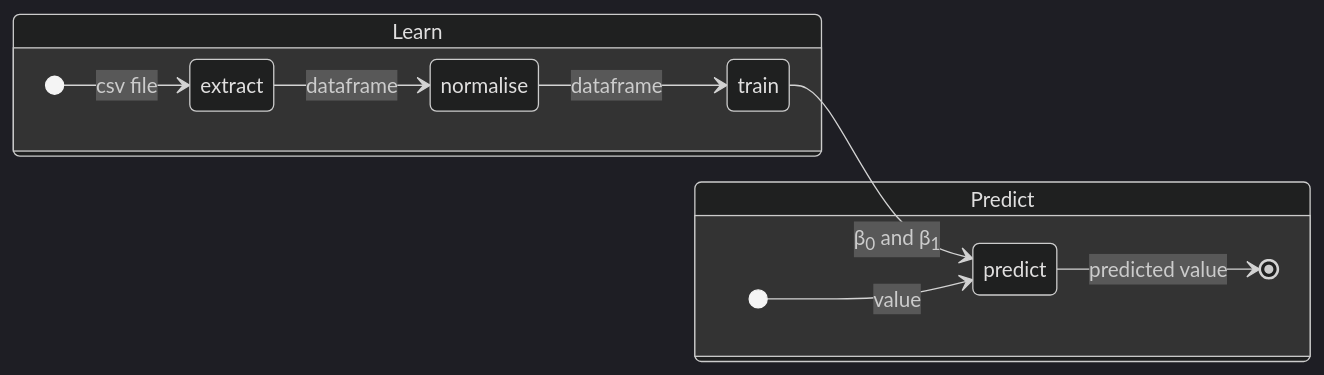
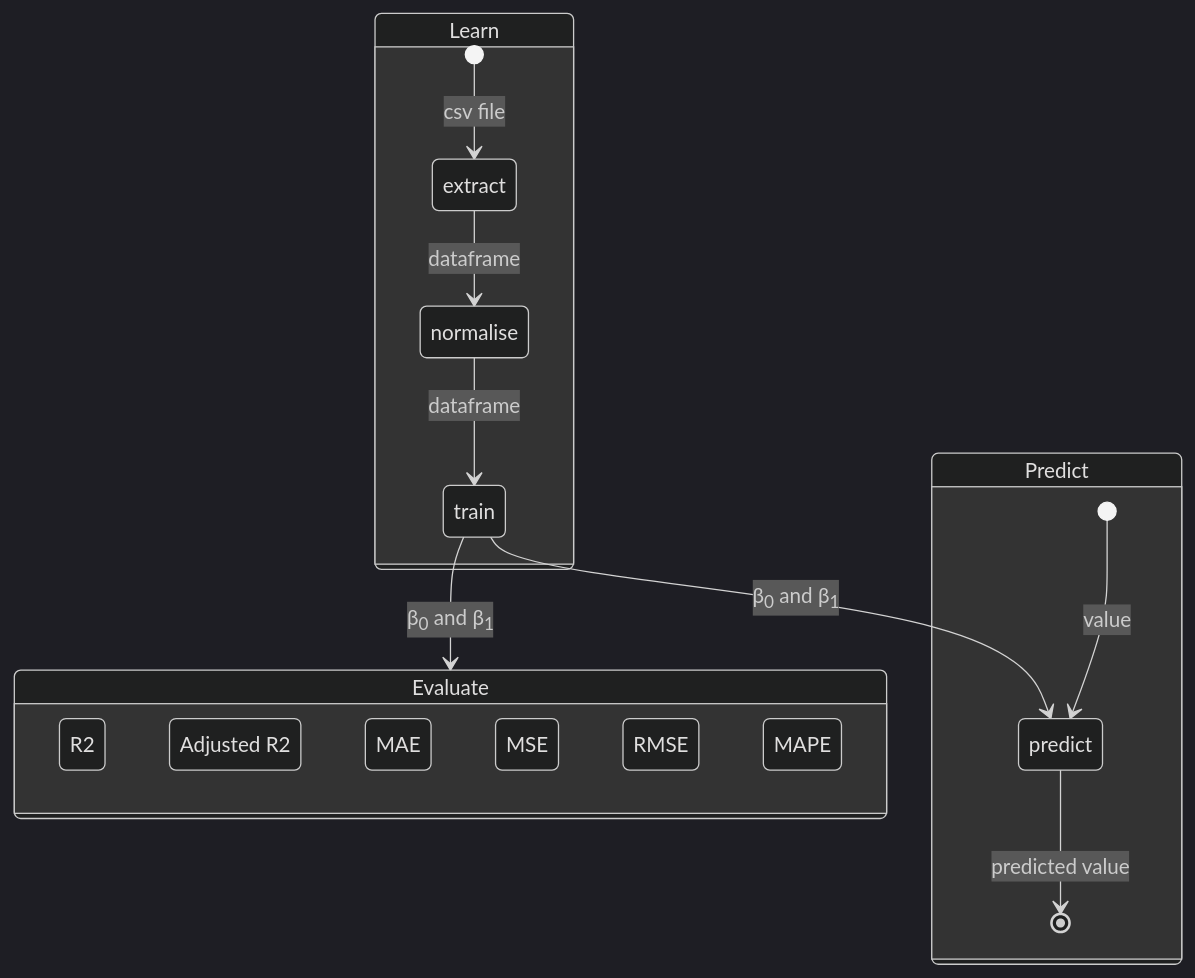
The first of 6 diagrams in README.md (farinaleo/linear_regression), drawn with Mermaid (dark theme) before and after one commit. The commit also changed other lines of this file, not shown here.

````diff
--- a/README.md
+++ b/README.md
@@ -11,23 +11,29 @@
 ```mermaid
 stateDiagram
-    direction LR
     state Learn {
-        direction LR
         extract
         normalise
         train
         [*] --> extract:csv file
         extract --> normalise:dataframe
         normalise--> train:dataframe
     }
-    train --> predict:β<sub>0</sub> and β<sub>1</sub>
-
+   train --> Evaluate:β<sub>0</sub> and β<sub>1</sub>
+   train --> predict:β<sub>0</sub> and β<sub>1</sub>
 
 
     state Predict {
-        direction LR
         [*] --> predict:value
         predict
         predict --> [*]:predicted value
     }
+    
+    state Evaluate {
+        R2
+        AR2: Adjusted R2
+        MAE
+        MSE
+        RMSE
+        MAPE
+    }
 ```
````
